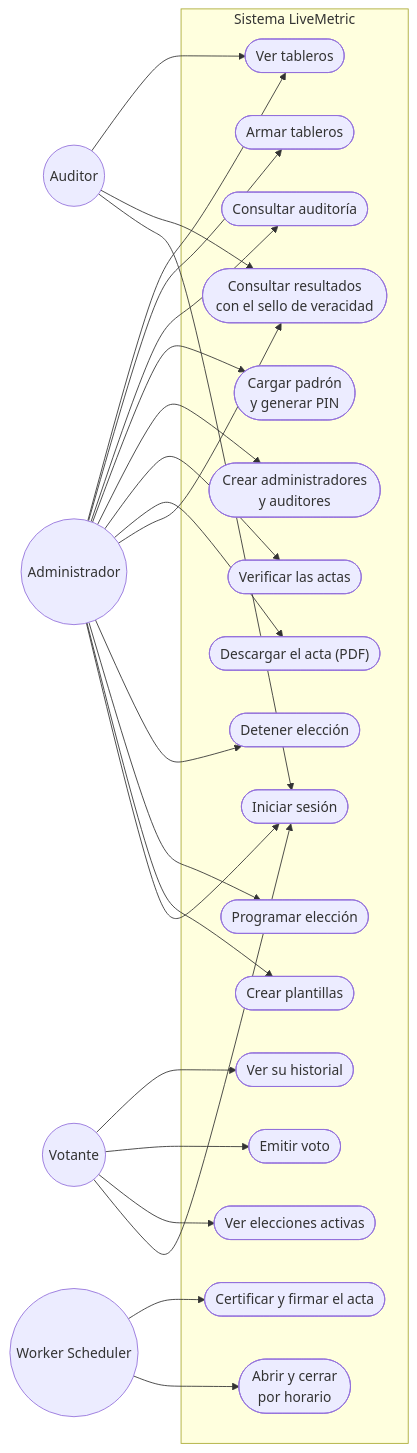
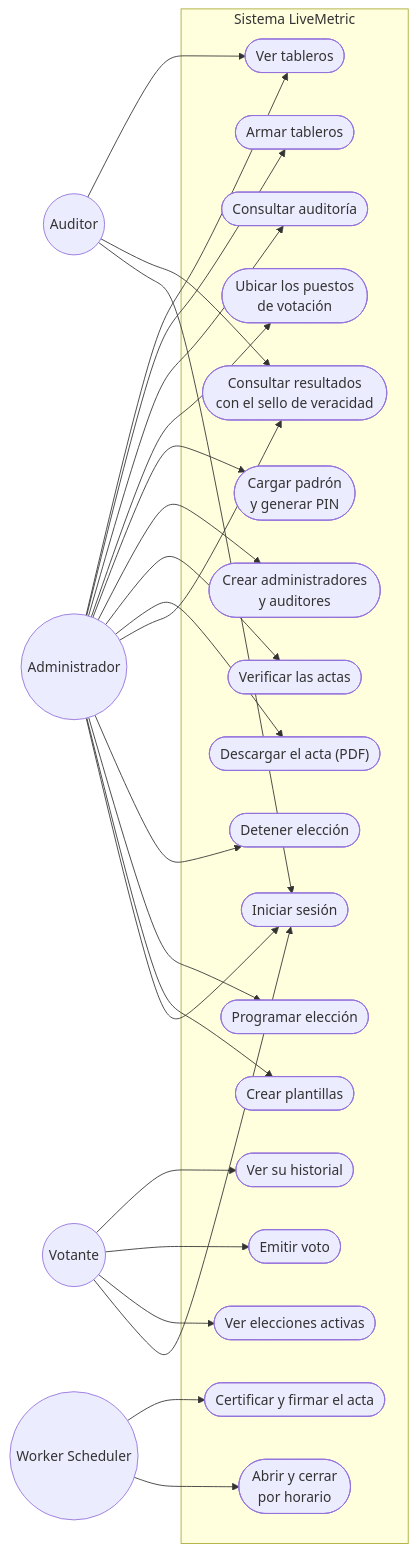
Before and after one commit to NicolasPineda1421/LiveMetric: the fifth of 8 diagrams in docs/informe-tecnico.md, drawn with Mermaid. The commit also changed other lines of this file and 46 other files, not shown here.

````diff
--- a/docs/informe-tecnico.md
+++ b/docs/informe-tecnico.md
@@ -249,32 +250,33 @@
 ```mermaid
 graph LR
     Admin(("Administrador"))
     Auditor(("Auditor"))
     Votante(("Votante"))
     Reloj(("Worker Scheduler"))
 
     subgraph Sistema["Sistema LiveMetric"]
         UC1(["Iniciar sesión"])
         UC2(["Crear plantillas"])
         UC3(["Programar elección"])
         UC4(["Detener elección"])
         UC5(["Consultar resultados<br/>con el sello de veracidad"])
         UC6(["Descargar el acta (PDF)"])
         UC7(["Verificar las actas"])
         UC8(["Crear administradores<br/>y auditores"])
         UC9(["Cargar padrón<br/>y generar PIN"])
+        UC18(["Ubicar los puestos<br/>de votación"])
         UC10(["Consultar auditoría"])
         UC15(["Armar tableros"])
         UC16(["Ver tableros"])
         UC11(["Ver elecciones activas"])
         UC12(["Emitir voto"])
         UC17(["Ver su historial"])
         UC13(["Abrir y cerrar<br/>por horario"])
         UC14(["Certificar y firmar el acta"])
     end
 
-    Admin --> UC1 & UC2 & UC3 & UC4 & UC5 & UC6 & UC7 & UC8 & UC9 & UC10 & UC15 & UC16
+    Admin --> UC1 & UC2 & UC3 & UC4 & UC5 & UC6 & UC7 & UC8 & UC9 & UC18 & UC10 & UC15 & UC16
     Auditor --> UC1 & UC5 & UC16
     Votante --> UC1 & UC11 & UC12 & UC17
     Reloj --> UC13 & UC14
 ```
````
